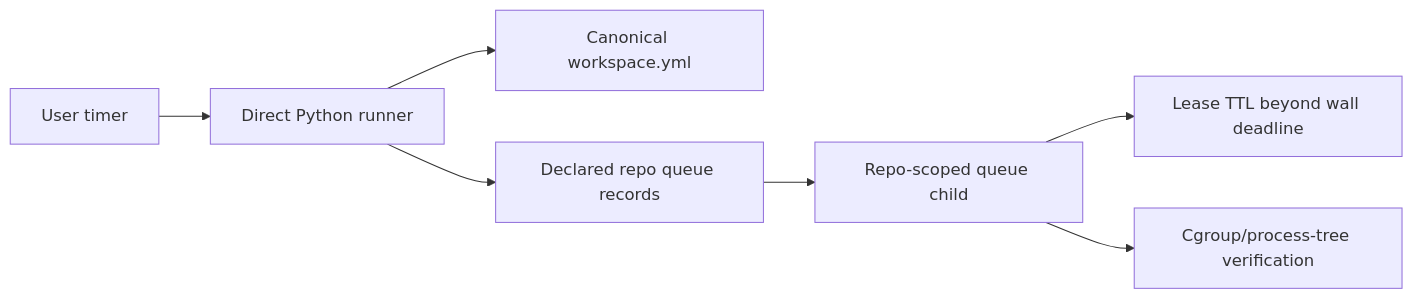
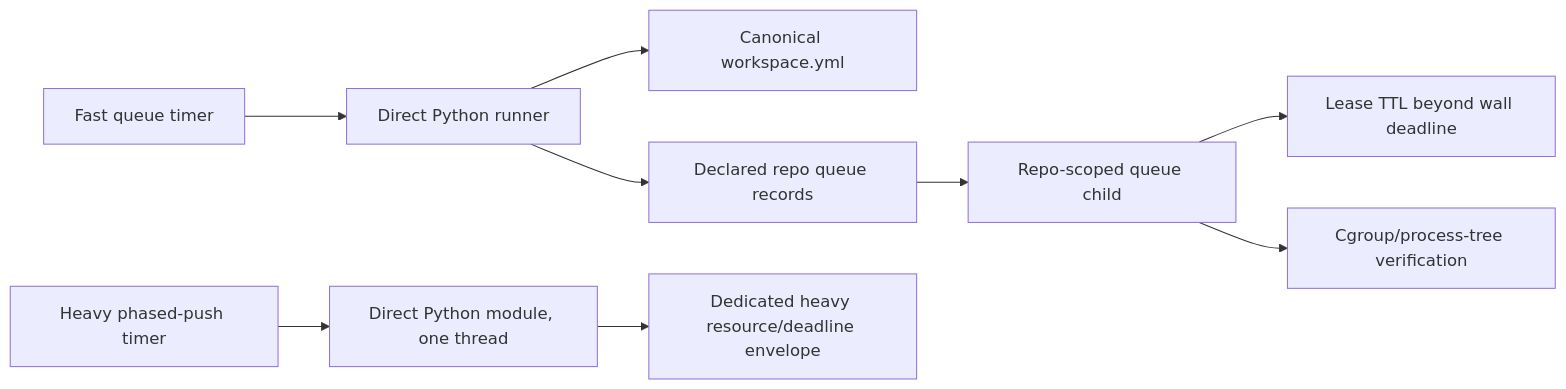
Before and after one commit to Knuckles-Team/repository-manager: the diagram in docs/merge-queue-runner.md, drawn with Mermaid. The commit also changed other lines of this file and 28 other files, not shown here.

````diff
--- a/docs/merge-queue-runner.md
+++ b/docs/merge-queue-runner.md
@@ -18,9 +19,11 @@
 ```mermaid
 flowchart LR
-    timer[User timer] --> runner[Direct Python runner]
+    timer[Fast queue timer] --> runner[Direct Python runner]
     runner --> manifest[Canonical workspace.yml]
     runner --> queues[Declared repo queue records]
     queues --> child[Repo-scoped queue child]
     child --> lease[Lease TTL beyond wall deadline]
     child --> cgroup[Cgroup/process-tree verification]
+    push_timer[Heavy phased-push timer] --> push["Direct Python module, one thread"]
+    push --> heavy[Dedicated heavy resource/deadline envelope]
 ```
````
